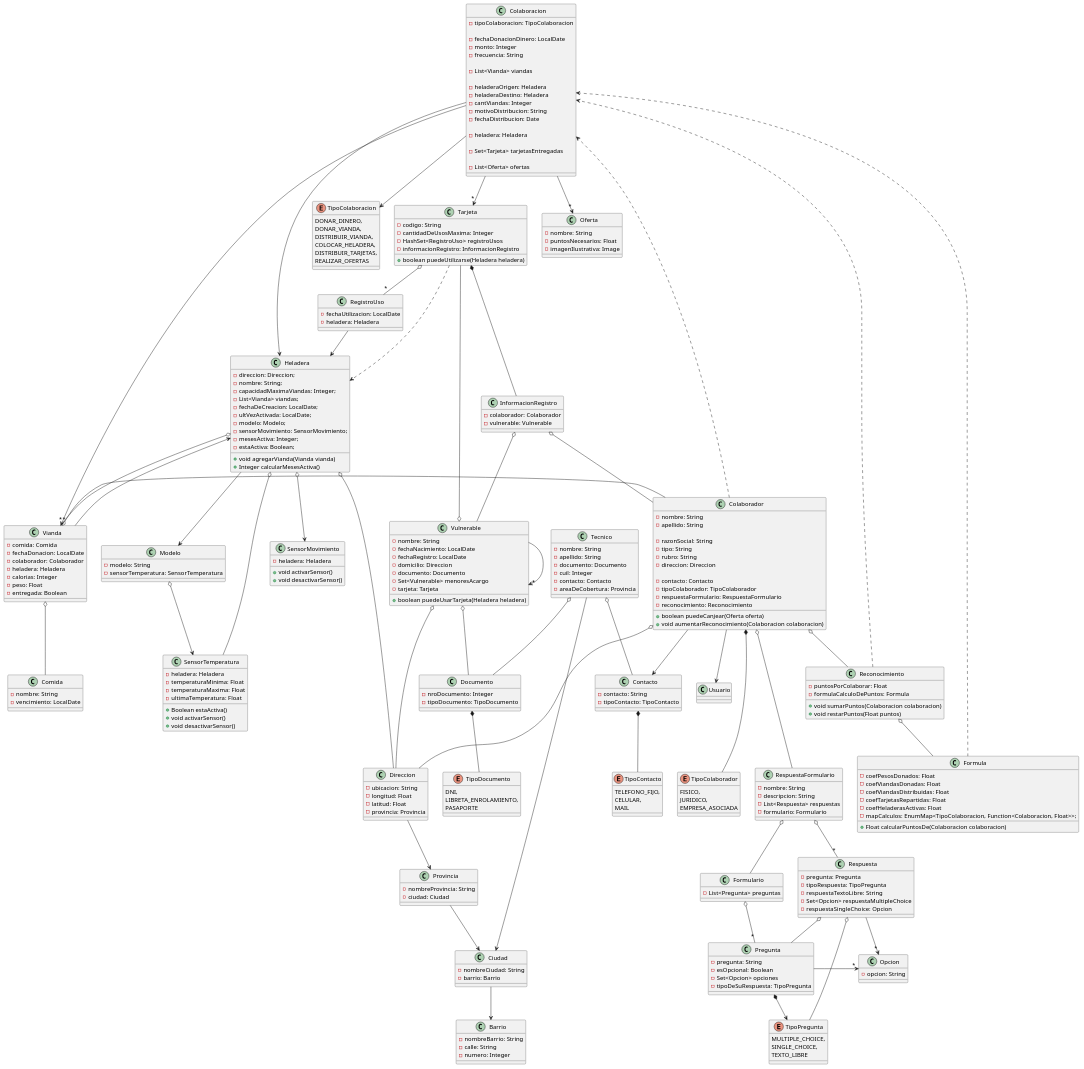
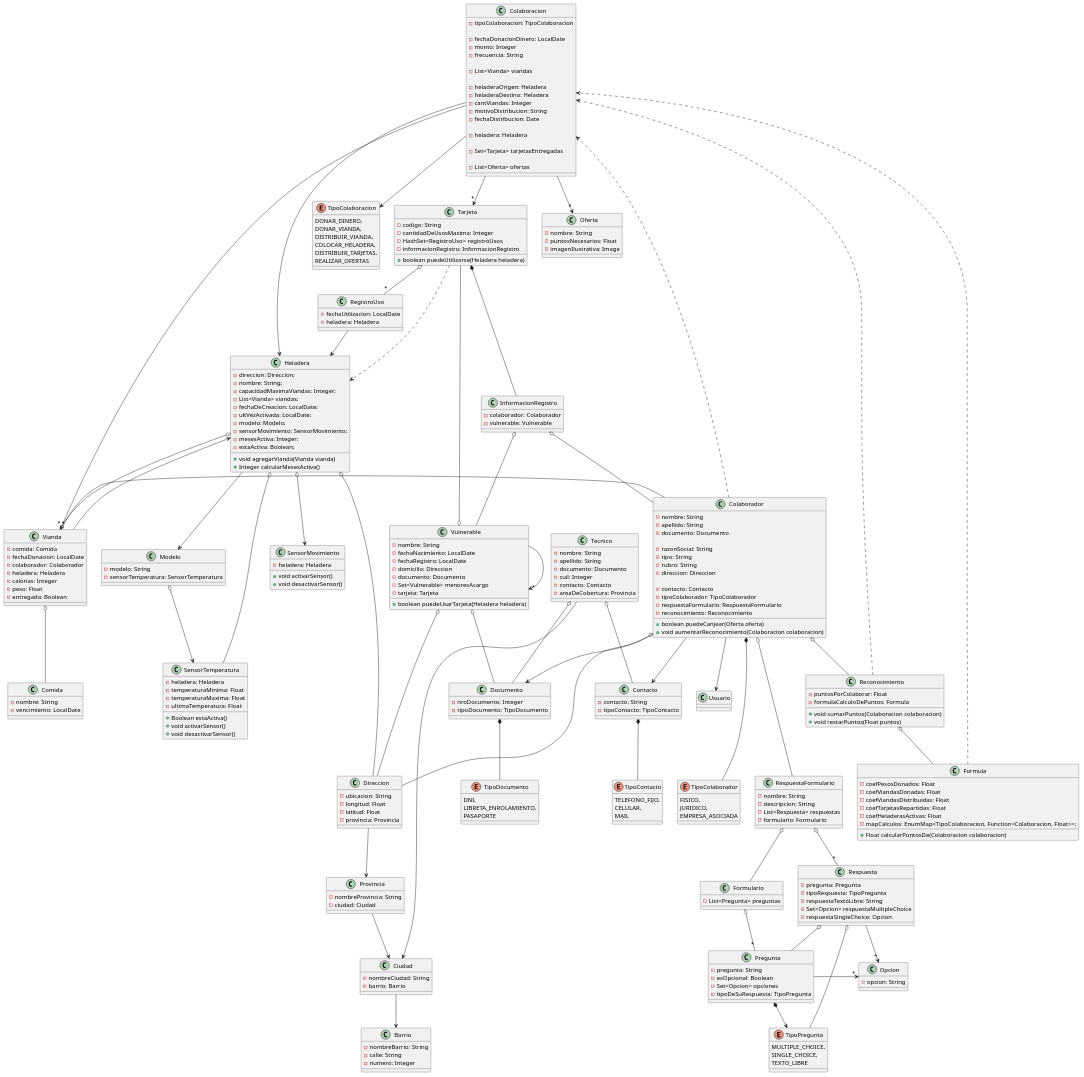
One commit to santymendez/tp-dds-2024 changed the diagram in diagrams/domain/diagrama-clases.puml. Above: the diagram before and after it, drawn with PlantUML. The commit also changed 57 other files, not shown here.

```diff
--- a/diagrams/domain/diagrama-clases.puml
+++ b/diagrams/domain/diagrama-clases.puml
@@ -71,6 +71,7 @@
     'De Persona Fisica'
     -nombre: String
     -apellido: String
+    -documento: Documento
 
     'De Persona Juridica'
     -razonSocial: String
@@ -318,5 +319,6 @@
 Colaborador --> Contacto
 Colaboracion -->"*" Oferta
 Colaborador --> Usuario
+Colaborador --> Documento
 
 @enduml
```
